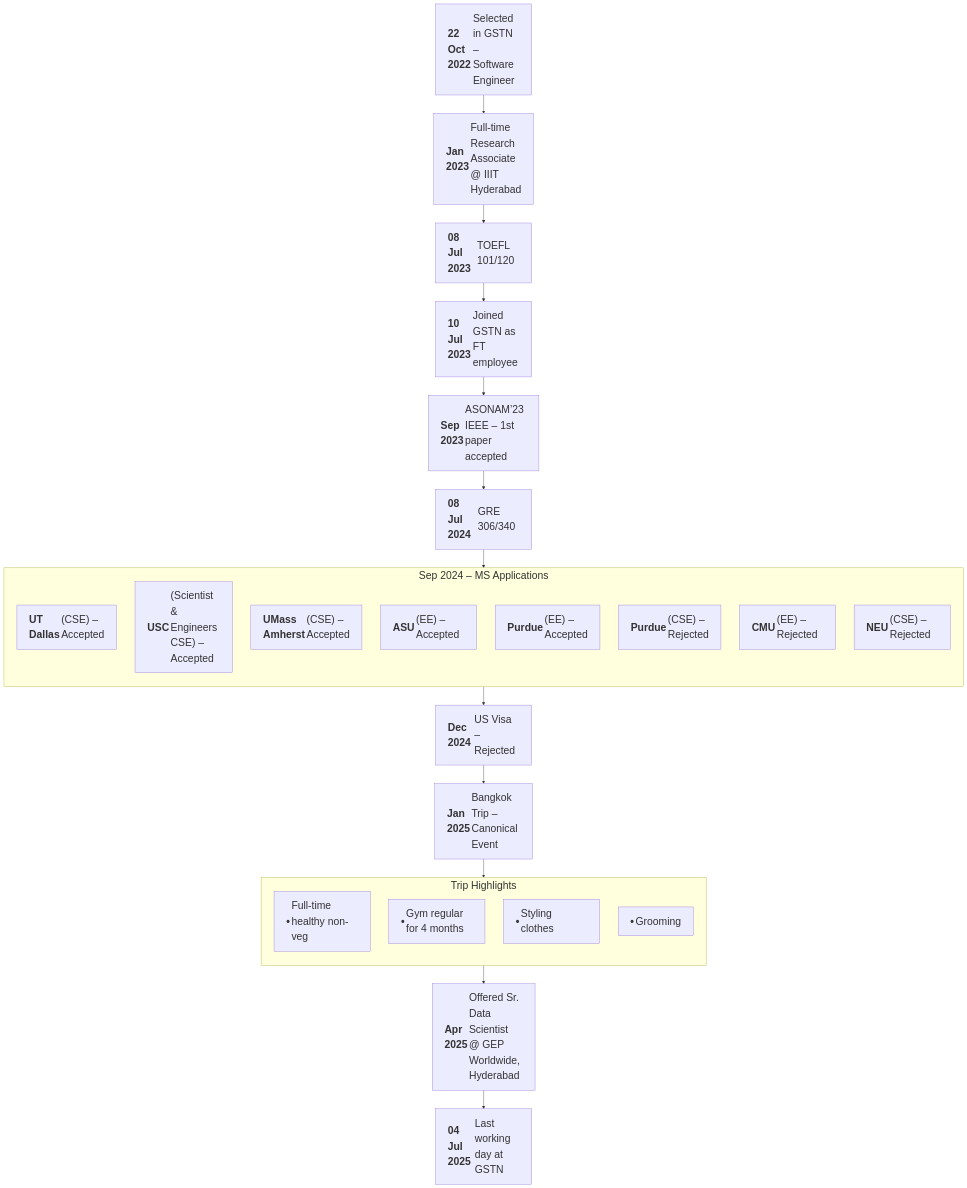
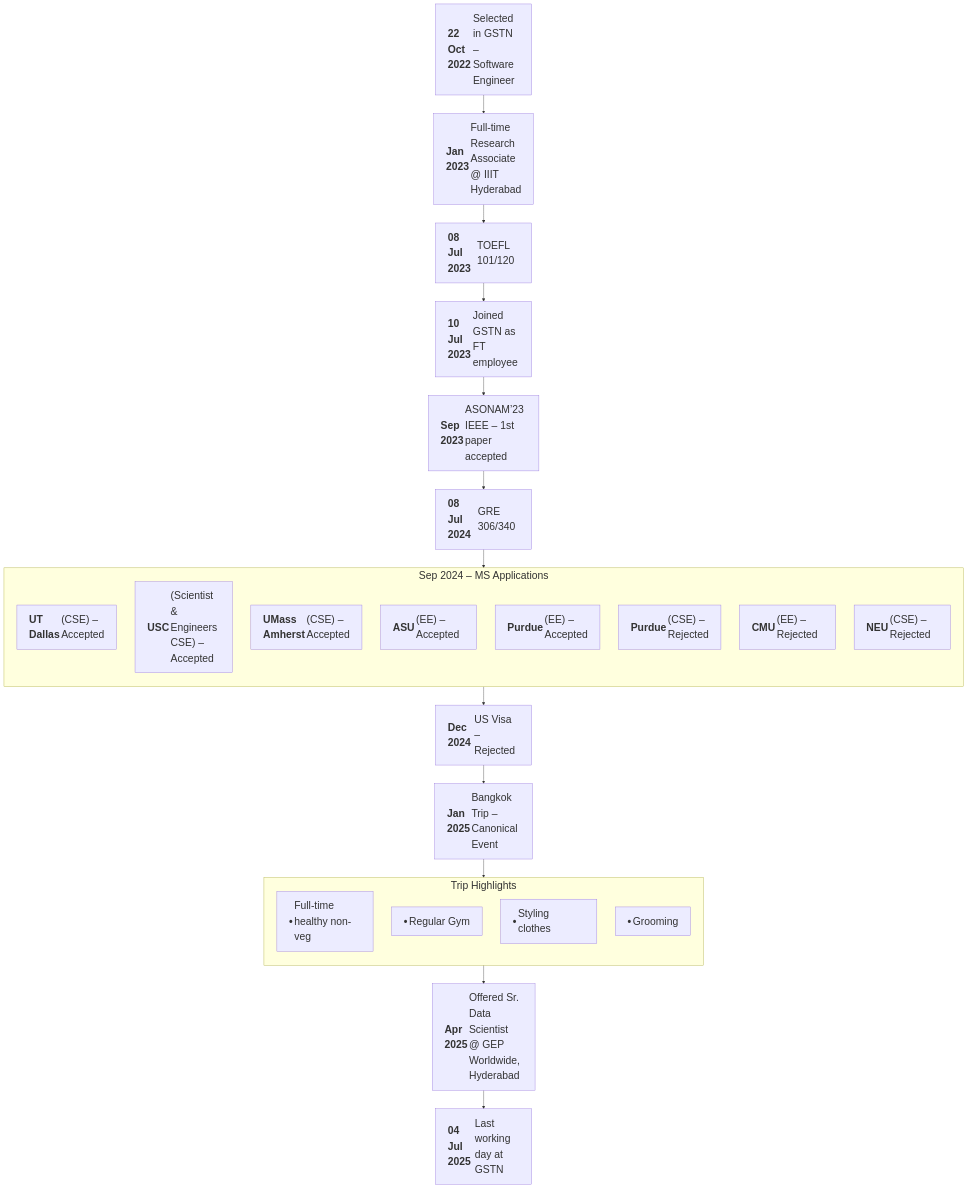
Before and after one commit to AryamannTomar/AryamannTomar: the diagram in README.md, drawn with Mermaid.

````diff
--- a/README.md
+++ b/README.md
@@ -14,49 +14,49 @@
 ```mermaid
 %%{init: {
   "themeVariables": {
     "fontSize": "28px",
     "nodePadding": "20px",
     "edgeLabelFontSize": "30px"
   },
   "themeConfig": {
     "nodeTextMargin": 5,
     "padding": 15
   }
 }}%%
 flowchart TD
   A1["<table><tr><td align='left'><b>22 Oct 2022</b></td><td align='left'>Selected in GSTN – Software Engineer</td></tr></table>"]
   A2["<table><tr><td align='left'><b>Jan 2023</b></td><td align='left'>Full-time Research Associate @ IIIT Hyderabad</td></tr></table>"]
   A3["<table><tr><td align='left'><b>08 Jul 2023</b></td><td align='left'>TOEFL 101/120</td></tr></table>"]
   A4["<table><tr><td align='left'><b>10 Jul 2023</b></td><td align='left'>Joined GSTN as FT employee</td></tr></table>"]
   A5["<table><tr><td align='left'><b>Sep 2023</b></td><td align='left'>ASONAM’23 IEEE – 1st paper accepted</td></tr></table>"]
   
   A6["<table><tr><td align='left'><b>08 Jul 2024</b></td><td align='left'>GRE 306/340</td></tr></table>"]
   subgraph MS_Apps [Sep 2024 – MS Applications]
     direction TB
     A7["<table><tr><td align='left'><b>UT Dallas</b></td><td align='left'>(CSE) – Accepted</td></tr></table>"]
     A8["<table><tr><td align='left'><b>USC</b></td><td align='left'>(Scientist & Engineers CSE) – Accepted</td></tr></table>"]
     A9["<table><tr><td align='left'><b>UMass Amherst</b></td><td align='left'>(CSE) – Accepted</td></tr></table>"]
     A10["<table><tr><td align='left'><b>ASU</b></td><td align='left'>(EE) – Accepted</td></tr></table>"]
     A11["<table><tr><td align='left'><b>Purdue</b></td><td align='left'>(EE) – Accepted</td></tr></table>"]
     A12["<table><tr><td align='left'><b>Purdue</b></td><td align='left'>(CSE) – Rejected</td></tr></table>"]
     A13["<table><tr><td align='left'><b>CMU</b></td><td align='left'>(EE) – Rejected</td></tr></table>"]
     A14["<table><tr><td align='left'><b>NEU</b></td><td align='left'>(CSE) – Rejected</td></tr></table>"]
   end
 
   A15["<table><tr><td align='left'><b>Dec 2024</b></td><td align='left'>US Visa – Rejected</td></tr></table>"]
   
   A16["<table><tr><td align='left'><b>Jan 2025</b></td><td align='left'>Bangkok Trip – Canonical Event</td></tr></table>"]
   subgraph Bangkok_Details [Trip Highlights]
     direction TB
     B1["<table><tr><td align='left'><b>•</b></td><td align='left'>Full-time healthy non-veg</td></tr></table>"]
-    B2["<table><tr><td align='left'><b>•</b></td><td align='left'>Gym regular for 4 months</td></tr></table>"]
+    B2["<table><tr><td align='left'><b>•</b></td><td align='left'>Regular Gym</td></tr></table>"]
     B3["<table><tr><td align='left'><b>•</b></td><td align='left'>Styling clothes</td></tr></table>"]
     B4["<table><tr><td align='left'><b>•</b></td><td align='left'>Grooming</td></tr></table>"]
   end
   
   A17["<table><tr><td align='left'><b>Apr 2025</b></td><td align='left'>Offered Sr. Data Scientist @ GEP Worldwide, Hyderabad</td></tr></table>"]
   A18["<table><tr><td align='left'><b>04 Jul 2025</b></td><td align='left'>Last working day at GSTN</td></tr></table>"]
 
   %% chain them all
   A1 --> A2 --> A3 --> A4 --> A5 --> A6 --> MS_Apps --> A15 --> A16 --> Bangkok_Details --> A17 --> A18
 ```
````
